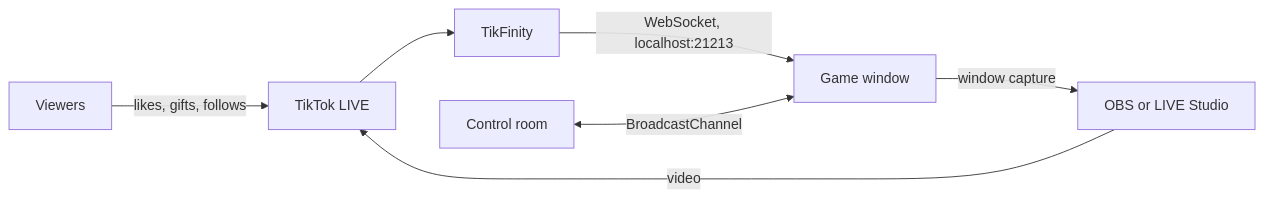
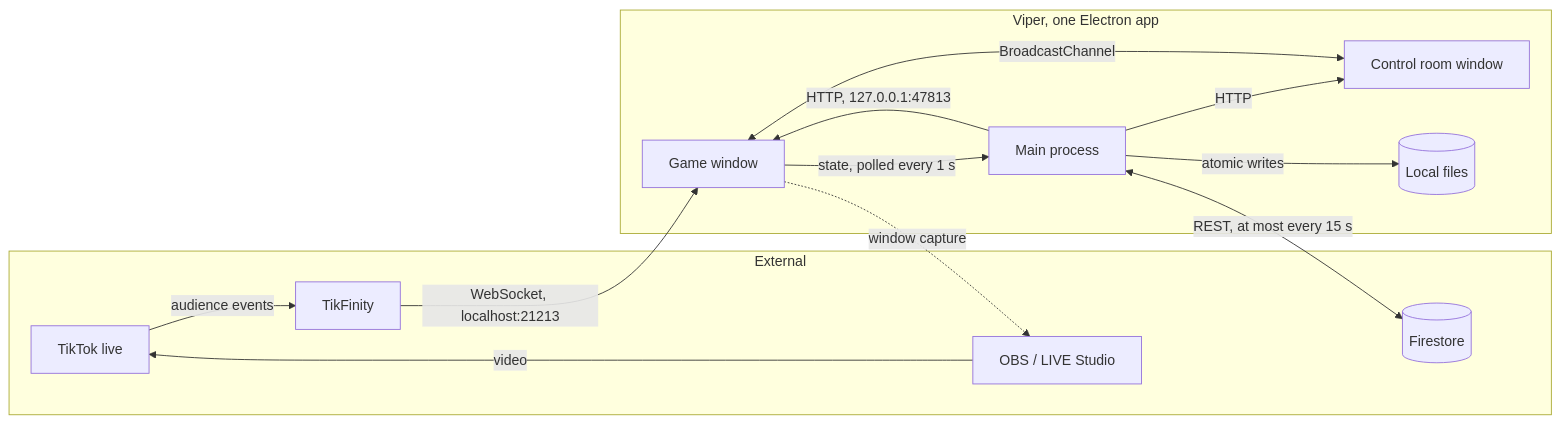
One commit to abdelhafidmaamir/viper changed the diagram in README.md. Above: the diagram before and after it, drawn with Mermaid. The commit also changed other lines of this file and 6 other files, not shown here.

````diff
--- a/README.md
+++ b/README.md
@@ -48,9 +35,27 @@
 ```mermaid
 flowchart LR
-  V[Viewers] -->|likes, gifts, follows| T[TikTok LIVE]
-  T --> F[TikFinity]
-  F -->|WebSocket, localhost:21213| G[Game window]
-  C[Control room] <-->|BroadcastChannel| G
-  G -->|window capture| O[OBS or LIVE Studio]
-  O -->|video| T
+  subgraph external[External]
+    TT[TikTok live]
+    TF[TikFinity]
+    CAP[OBS / LIVE Studio]
+    FS[(Firestore)]
+  end
+
+  subgraph viper[Viper, one Electron app]
+    MAIN[Main process]
+    GAME[Game window]
+    CTRL[Control room window]
+    DISK[(Local files)]
+  end
+
+  TT -->|audience events| TF
+  TF -->|WebSocket, localhost:21213| GAME
+  CTRL <-->|BroadcastChannel| GAME
+  MAIN -->|HTTP, 127.0.0.1:47813| GAME
+  MAIN -->|HTTP| CTRL
+  GAME -->|state, polled every 1 s| MAIN
+  MAIN -->|atomic writes| DISK
+  MAIN <-->|REST, at most every 15 s| FS
+  GAME -.->|window capture| CAP
+  CAP -->|video| TT
 ```
````
